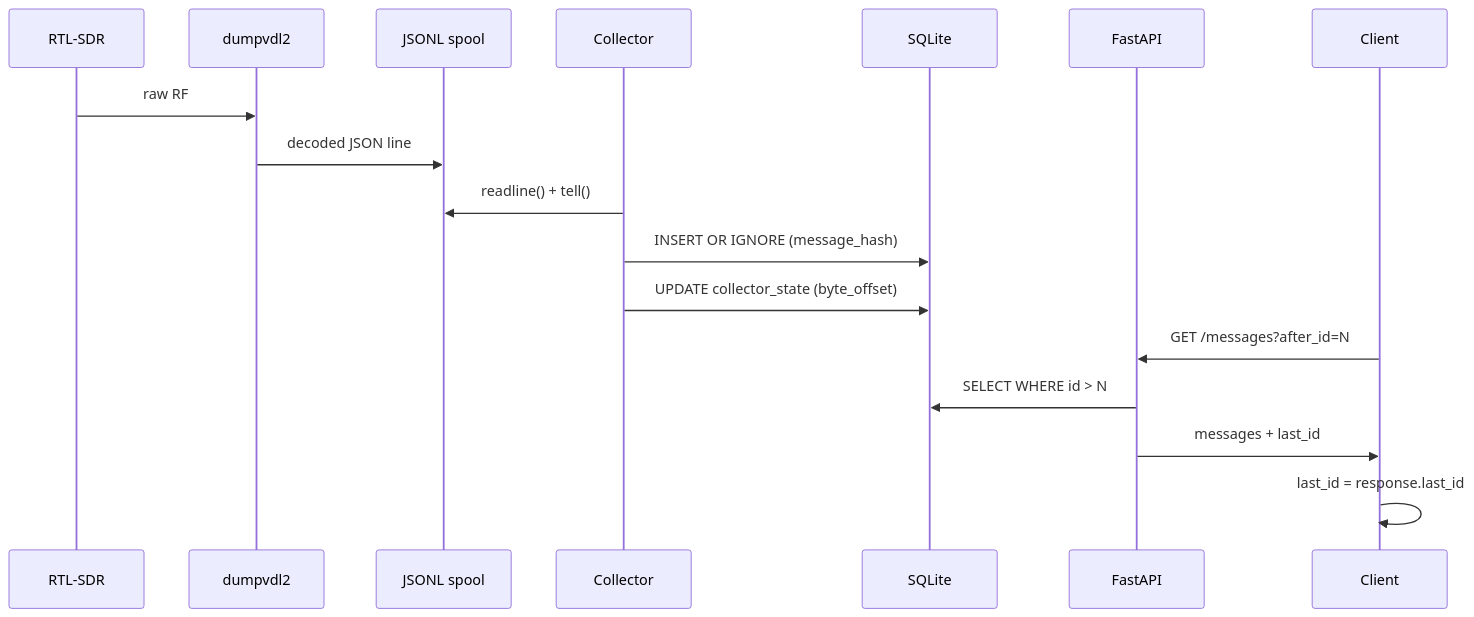
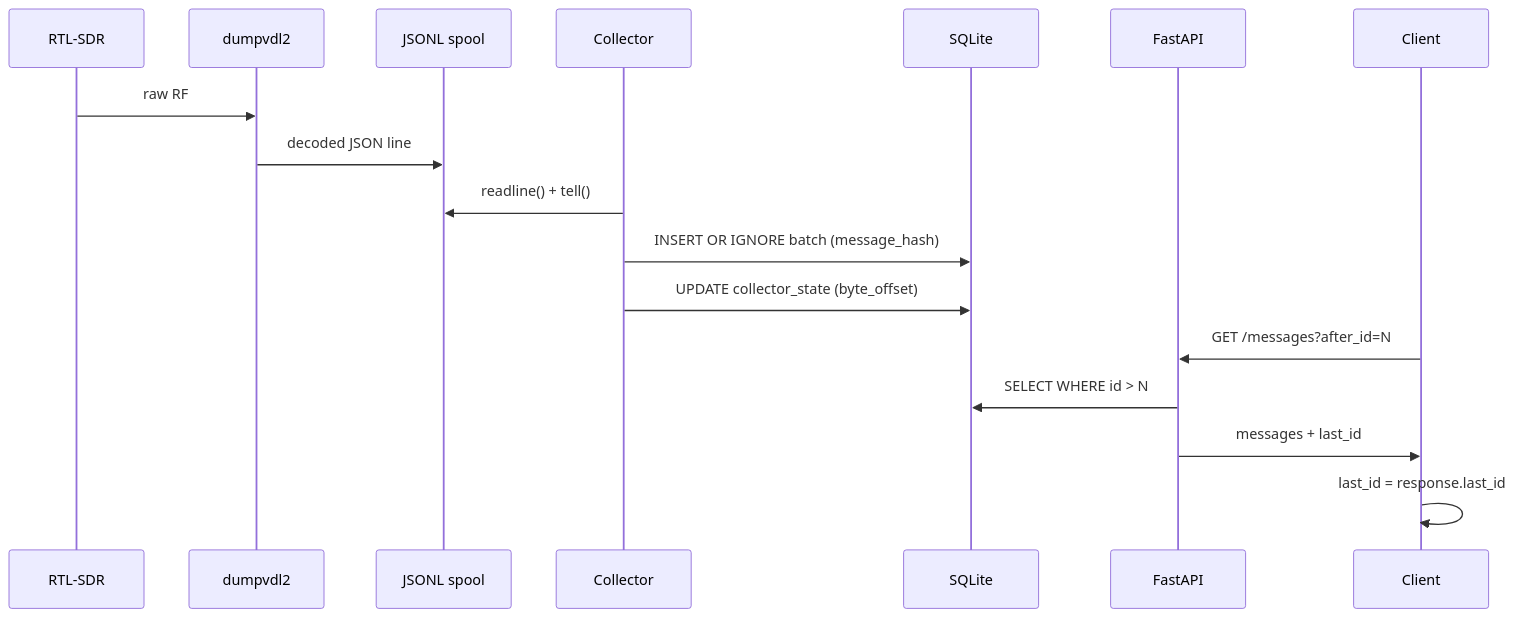
Before and after one commit to disappointingsupernova/vdl2-api: the second of 2 diagrams in README.md, drawn with Mermaid. The commit also changed other lines of this file and 3 other files, not shown here.

````diff
--- a/README.md
+++ b/README.md
@@ -369,20 +416,20 @@
 ```mermaid
 sequenceDiagram
     participant SDR as RTL-SDR
     participant DV as dumpvdl2
     participant SP as JSONL spool
     participant COL as Collector
     participant DB as SQLite
     participant API as FastAPI
     participant CLI as Client
 
     SDR->>DV: raw RF
     DV->>SP: decoded JSON line
     COL->>SP: readline() + tell()
-    COL->>DB: INSERT OR IGNORE (message_hash)
+    COL->>DB: INSERT OR IGNORE batch (message_hash)
     COL->>DB: UPDATE collector_state (byte_offset)
     CLI->>API: GET /messages?after_id=N
     API->>DB: SELECT WHERE id > N
     API->>CLI: messages + last_id
     CLI->>CLI: last_id = response.last_id
 ```
````
